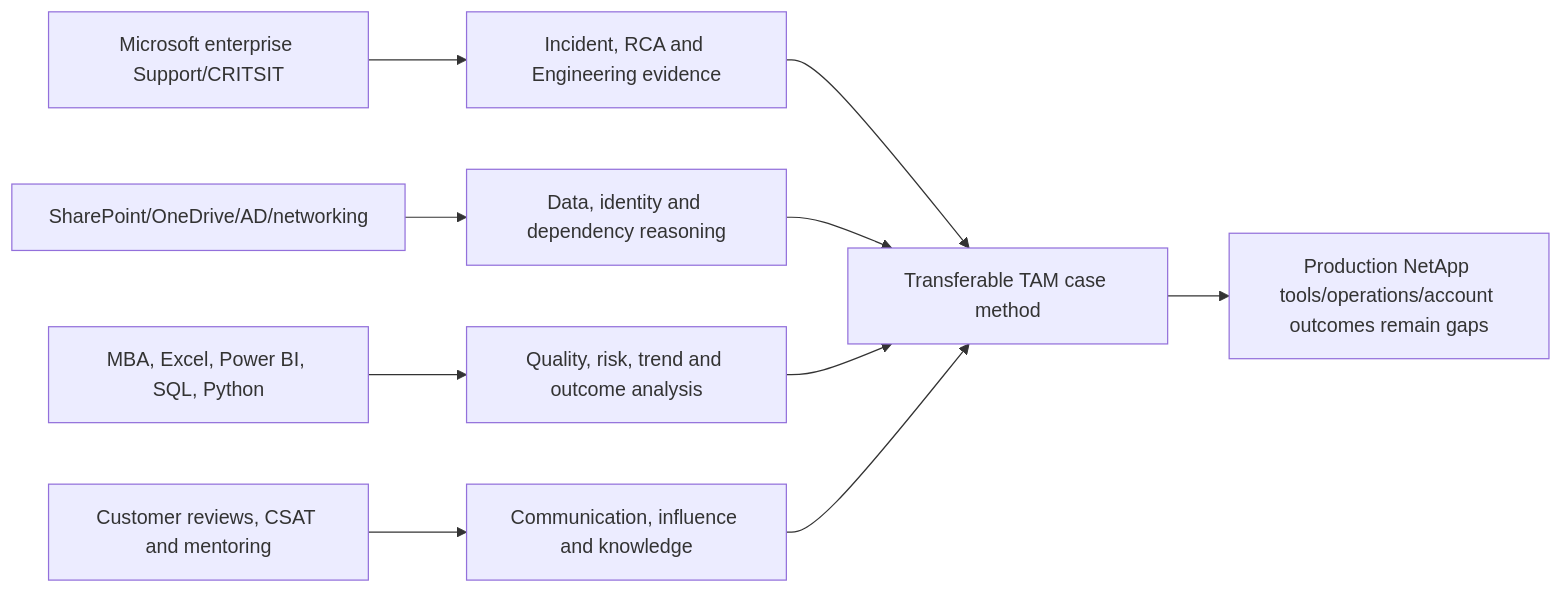
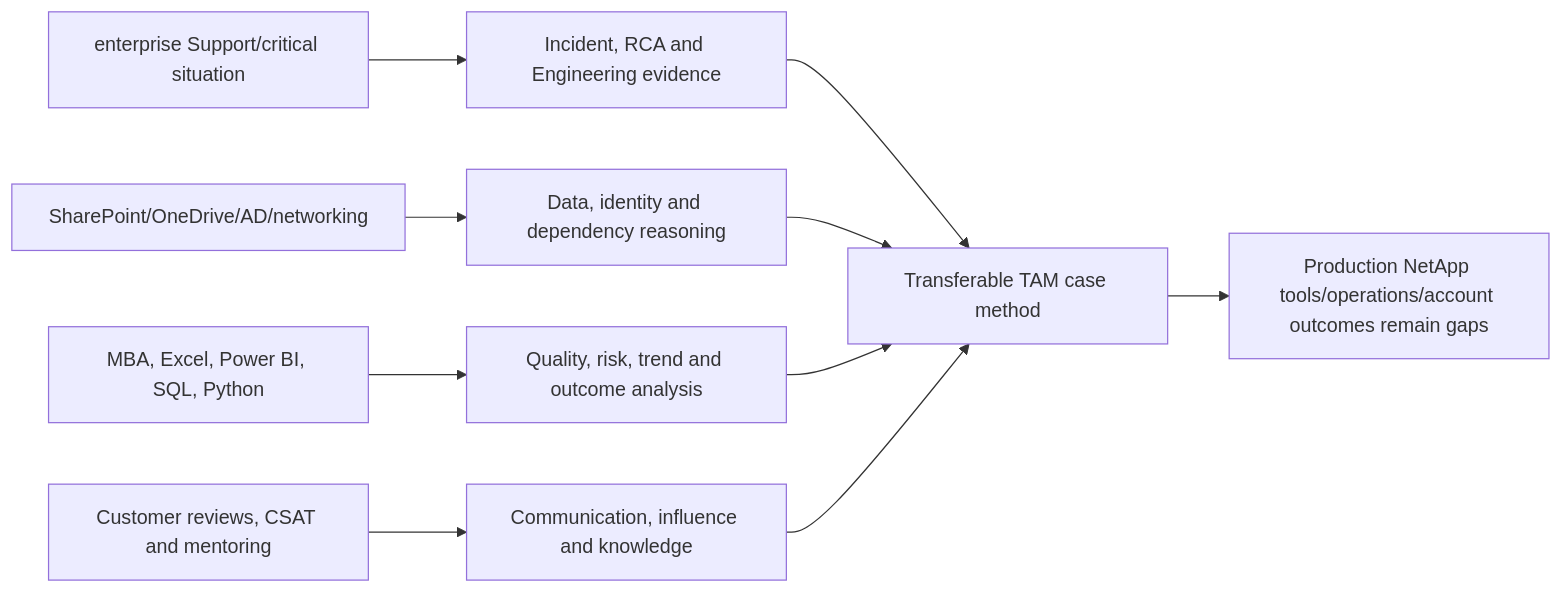
One commit to hichauhan-in/Interview-Prep changed diagram 28 of 29 in NetApp TAM/prep/Part-81-integrated-tam-casebook.md. Above: the diagram before and after it, drawn with Mermaid. The commit also changed other lines of this file and 493 other files, not shown here.

````diff
--- a/NetApp TAM/prep/Part-81-integrated-tam-casebook.md
+++ b/NetApp TAM/prep/Part-81-integrated-tam-casebook.md
@@ -836,12 +836,12 @@
 ```mermaid
 flowchart LR
-    MS[Microsoft enterprise Support/CRITSIT] --> INCIDENT[Incident, RCA and Engineering evidence]
+    MS[enterprise Support/critical situation] --> INCIDENT[Incident, RCA and Engineering evidence]
     M365[SharePoint/OneDrive/AD/networking] --> DATA[Data, identity and dependency reasoning]
     BI[MBA, Excel, Power BI, SQL, Python] --> ANALYTICS[Quality, risk, trend and outcome analysis]
     REVIEW[Customer reviews, CSAT and mentoring] --> TAM[Communication, influence and knowledge]
     INCIDENT --> TRANS[Transferable TAM case method]
     DATA --> TRANS
     ANALYTICS --> TRANS
     TAM --> TRANS
     TRANS --> GAP[Production NetApp tools/operations/account outcomes remain gaps]
 ```
````
